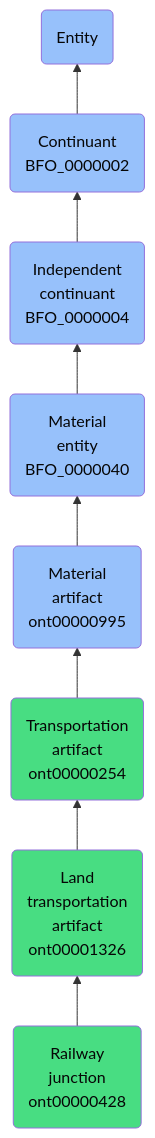
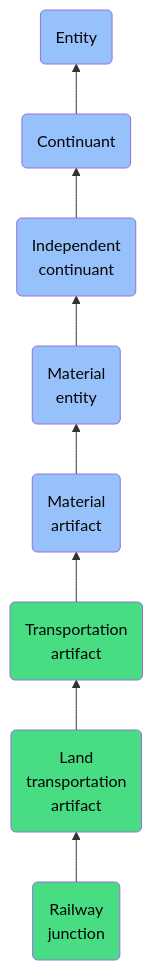
One commit to jupyter-naas/abi changed the diagram in docs/ontology/reference/model/Entity/Continuant/Independent continuant/Material entity/Material artifact/Transportation artifact/Land transportation artifact/Railway junction/Railway junction.md. Above: the diagram before and after it, drawn with Mermaid. The commit also changed other lines of this file and 1430 other files, not shown here.

````diff
--- a/docs/ontology/reference/model/Entity/Continuant/Independent continuant/Material entity/Material artifact/Transportation artifact/Land transportation artifact/Railway junction/Railway junction.md
+++ b/docs/ontology/reference/model/Entity/Continuant/Independent continuant/Material entity/Material artifact/Transportation artifact/Land transportation artifact/Railway junction/Railway junction.md
@@ -24,15 +24,15 @@
 ```mermaid
 graph BT
-    ont00000428(Railway<br>junction<br>ont00000428):::ABI-->ont00001326
-    ont00001326(Land<br>transportation<br>artifact<br>ont00001326):::ABI-->ont00000254
-    ont00000254(Transportation<br>artifact<br>ont00000254):::ABI-->ont00000995
-    ont00000995(Material<br>artifact<br>ont00000995):::BFO-->BFO_0000040
-    BFO_0000040(Material<br>entity<br>BFO_0000040):::BFO-->BFO_0000004
-    BFO_0000004(Independent<br>continuant<br>BFO_0000004):::BFO-->BFO_0000002
-    BFO_0000002(Continuant<br>BFO_0000002):::BFO-->BFO_0000001
+    ont00000428(Railway<br>junction):::ABI-->ont00001326
+    ont00001326(Land<br>transportation<br>artifact):::ABI-->ont00000254
+    ont00000254(Transportation<br>artifact):::ABI-->ont00000995
+    ont00000995(Material<br>artifact):::BFO-->BFO_0000040
+    BFO_0000040(Material<br>entity):::BFO-->BFO_0000004
+    BFO_0000004(Independent<br>continuant):::BFO-->BFO_0000002
+    BFO_0000002(Continuant):::BFO-->BFO_0000001
     BFO_0000001(Entity):::BFO
     
     classDef BFO fill:#97c1fb,color:#060606
     classDef CCO fill:#e4c51e,color:#060606
     classDef ABI fill:#48DD82,color:#060606
 ```
````
